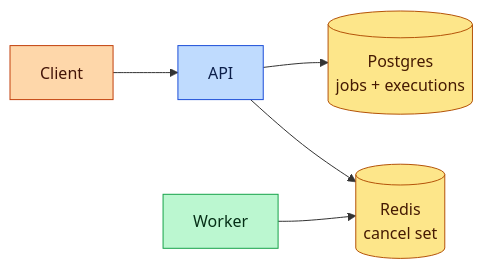
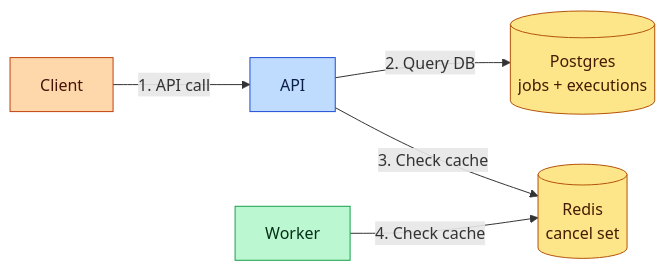
The fifth of 11 diagrams in content/hld/JobScheduler.md (iluzn/HLD-Designs), drawn with Mermaid before and after one commit. The commit also changed other lines of this file and 27 other files, not shown here.

````diff
--- a/content/hld/JobScheduler.md
+++ b/content/hld/JobScheduler.md
@@ -352,18 +352,18 @@
 ```mermaid
 flowchart LR
     CLIENT["Client"]:::client
     API["API"]:::edge
     DB[("Postgres<br/>jobs + executions")]:::data
     CANCEL[("Redis<br/>cancel set")]:::data
     WORKER["Worker"]:::service
 
-    CLIENT --> API
-    API --> DB
-    API --> CANCEL
-    WORKER --> CANCEL
+    CLIENT -->|"1. API call"| API
+    API -->|"2. Query DB"| DB
+    API -->|"3. Check cache"| CANCEL
+    WORKER -->|"4. Check cache"| CANCEL
 
     classDef client fill:#fed7aa,stroke:#c2410c,color:#431407
     classDef edge fill:#bfdbfe,stroke:#1d4ed8,color:#0c1f4a
     classDef service fill:#bbf7d0,stroke:#16a34a,color:#052e16
     classDef data fill:#fde68a,stroke:#b45309,color:#451a03
 ```
````
